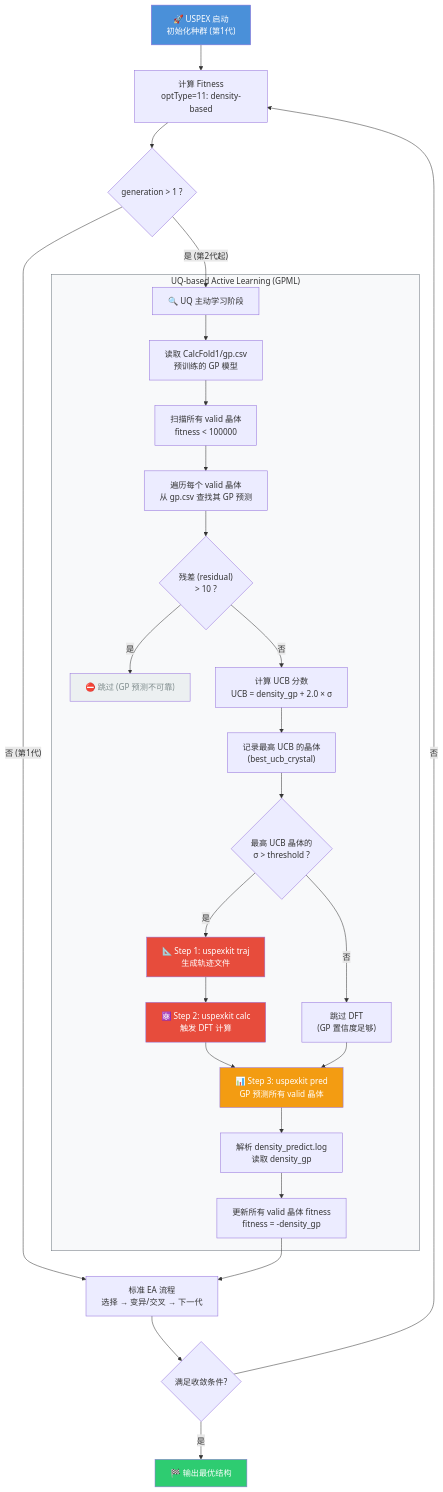
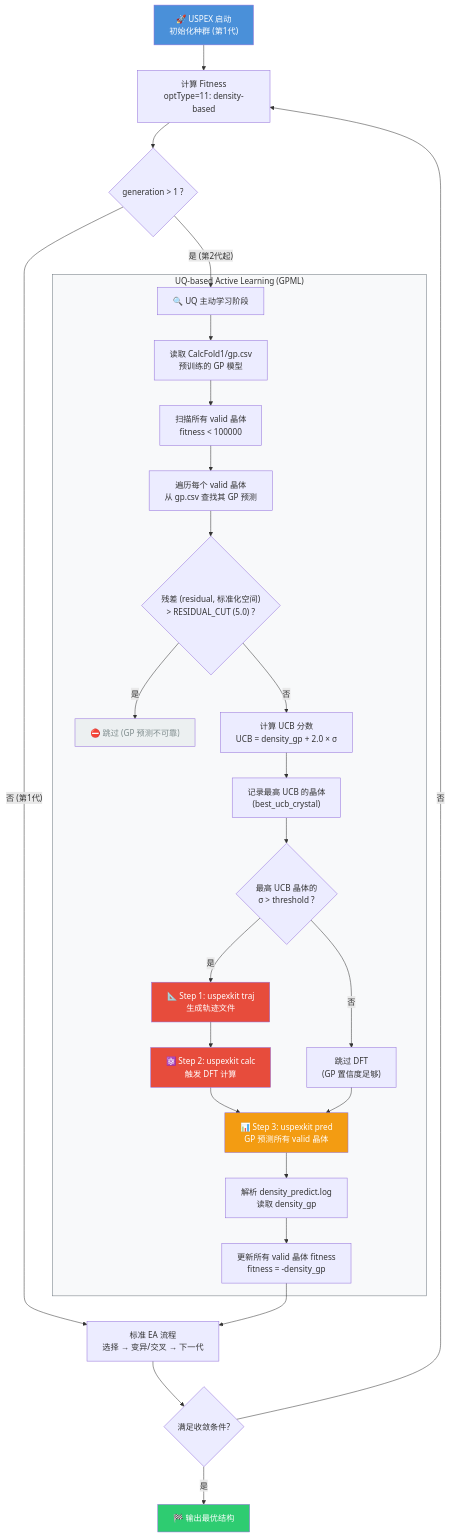
Before and after one commit to fenggo/gpevo: the first of 2 diagrams in docs/uq_active_learning_flowchart.md, drawn with Mermaid. The commit also changed other lines of this file and 18 other files, not shown here.

````diff
--- a/docs/uq_active_learning_flowchart.md
+++ b/docs/uq_active_learning_flowchart.md
@@ -5,44 +5,44 @@
 ```mermaid
 flowchart TD
     A["🚀 USPEX 启动<br/>初始化种群 (第1代)"] --> B["计算 Fitness<br/>optType=11: density-based"]
     B --> C{"generation > 1 ?"}
     C -->|"否 (第1代)"| Z["标准 EA 流程<br/>选择 → 变异/交叉 → 下一代"]
     C -->|"是 (第2代起)"| D["🔍 UQ 主动学习阶段"]
 
     subgraph UQ["UQ-based Active Learning (GPML)"]
         D --> E["读取 CalcFold1/gp.csv<br/>预训练的 GP 模型"]
         E --> F["扫描所有 valid 晶体<br/>fitness < 100000"]
         F --> G["遍历每个 valid 晶体<br/>从 gp.csv 查找其 GP 预测"]
 
-        G --> H{"残差 (residual)<br/> > 10 ?"}
+        G --> H{"残差 (residual, 标准化空间)<br/> > RESIDUAL_CUT (5.0) ?"}
         H -->|"是"| I["⛔ 跳过 (GP 预测不可靠)"]
         H -->|"否"| J["计算 UCB 分数<br/>UCB = density_gp + 2.0 × σ"]
 
         J --> K["记录最高 UCB 的晶体<br/>(best_ucb_crystal)"]
 
         K --> L{"最高 UCB 晶体的<br/>σ > threshold ?"}
         L -->|"是"| M["📐 Step 1: uspexkit traj<br/>生成轨迹文件"]
         M --> N["⚛️ Step 2: uspexkit calc<br/>触发 DFT 计算"]
         L -->|"否"| O["跳过 DFT<br/>(GP 置信度足够)"]
 
         N --> P["📊 Step 3: uspexkit pred<br/>GP 预测所有 valid 晶体"]
         O --> P
 
         P --> Q["解析 density_predict.log<br/>读取 density_gp"]
         Q --> R["更新所有 valid 晶体 fitness<br/>fitness = -density_gp"]
     end
 
     R --> Z
 
     Z --> S{"满足收敛条件?"}
     S -->|"否"| B
     S -->|"是"| T["🏁 输出最优结构"]
 
     style A fill:#4a90d9,color:#fff
     style T fill:#2ecc71,color:#fff
     style UQ fill:#f8f9fa,stroke:#6c757d
     style M fill:#e74c3c,color:#fff
     style N fill:#e74c3c,color:#fff
     style P fill:#f39c12,color:#fff
     style I fill:#ecf0f1,color:#7f8c8d
 ```
````
